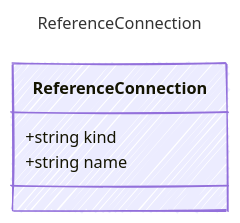
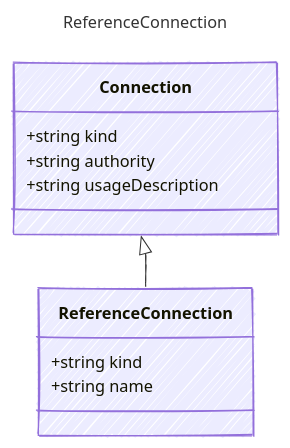
Before and after one commit to microsoft/prompty: the diagram in specification/prompty/docs/ReferenceConnection.md, drawn with Mermaid. The commit also changed 24 other files, not shown here.

````diff
--- a/specification/prompty/docs/ReferenceConnection.md
+++ b/specification/prompty/docs/ReferenceConnection.md
@@ -7,16 +7,22 @@
 ```mermaid
 ---
 title: ReferenceConnection
 config:
   look: handDrawn
   theme: colorful
   class:
     hideEmptyMembersBox: true
 ---
 classDiagram
+    class Connection {
+        +string kind
+        +string authority
+        +string usageDescription
+    }
+    Connection <|-- ReferenceConnection
     class ReferenceConnection {
       
         +string kind
         +string name
     }
 ```
````
